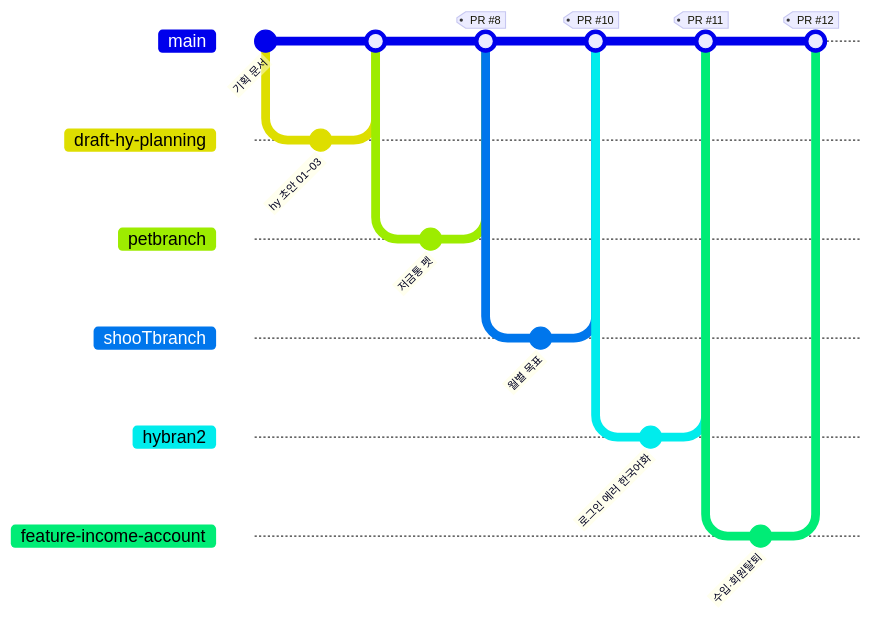
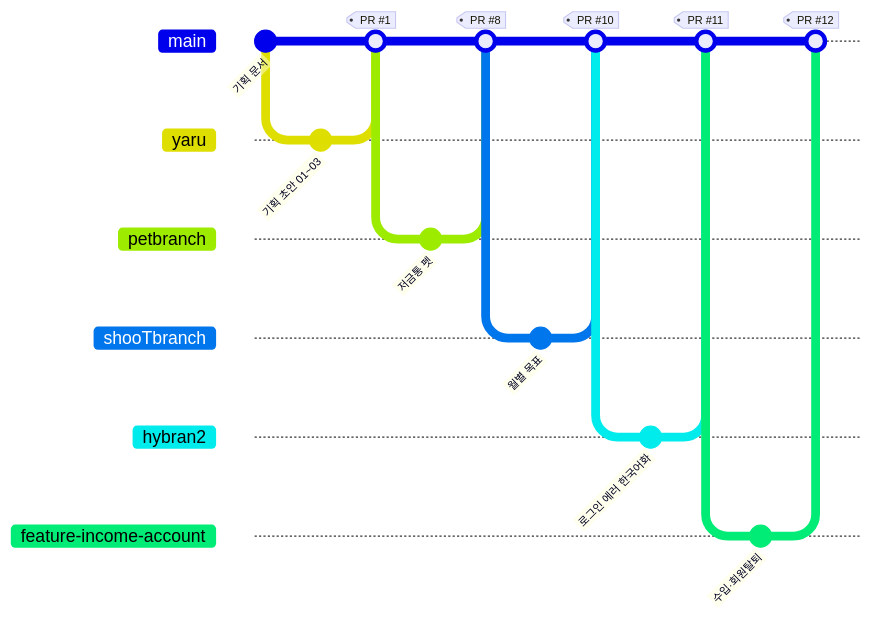
The second of 2 diagrams in README.md (SHY-wanted/module1), drawn with Mermaid before and after one commit. The commit also changed other lines of this file and 9 other files, not shown here.

````diff
--- a/README.md
+++ b/README.md
@@ -221,24 +233,24 @@
 ```mermaid
 gitGraph
     commit id: "기획 문서"
-    branch draft-hy-planning
-    commit id: "hy 초안 01~03"
+    branch yaru
+    commit id: "기획 초안 01~03"
     checkout main
-    merge draft-hy-planning
+    merge yaru tag: "PR #1"
     branch petbranch
     commit id: "저금통 펫"
     checkout main
     merge petbranch tag: "PR #8"
     branch shooTbranch
     commit id: "월별 목표"
     checkout main
     merge shooTbranch tag: "PR #10"
     branch hybran2
     commit id: "로그인 에러 한국어화"
     checkout main
     merge hybran2 tag: "PR #11"
     branch feature-income-account
     commit id: "수입·회원탈퇴"
     checkout main
     merge feature-income-account tag: "PR #12"
 ```
````
